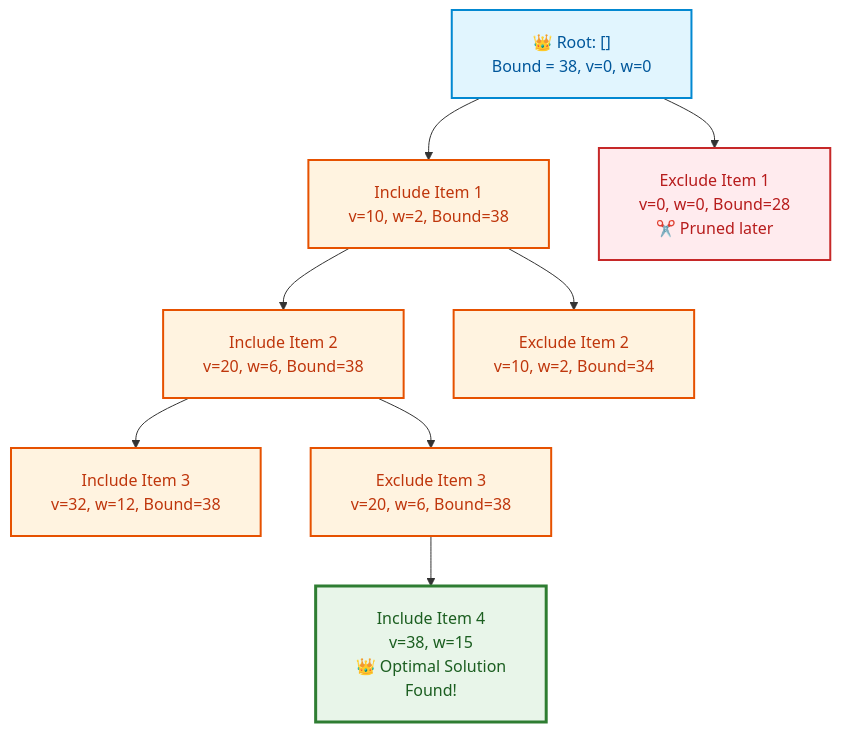
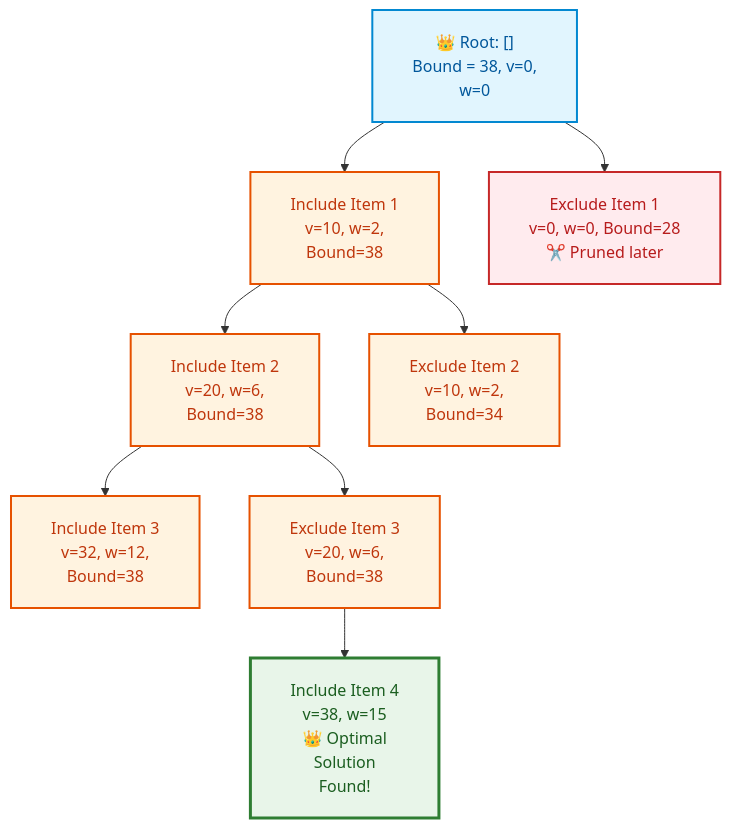
The fifth of 5 diagrams in week_13_backtracking_and_branch_bound/Week_13_Visual_Concepts_Playbook_HYBRID.md (dip4k/DSA_102), drawn with Mermaid before and after one commit. The commit also changed other lines of this file and 106 other files, not shown here.

First line of the commit message:
fix(mermaid): prevent text clipping with foreignObject overflow and tighter line wrapping

````diff
--- a/week_13_backtracking_and_branch_bound/Week_13_Visual_Concepts_Playbook_HYBRID.md
+++ b/week_13_backtracking_and_branch_bound/Week_13_Visual_Concepts_Playbook_HYBRID.md
@@ -1346,31 +1346,31 @@
 ```mermaid
-%%{init: {"flowchart": {"htmlLabels": true, "padding": 20}}}%%
+%%{init: {"flowchart": {"htmlLabels": true, "padding": 20}, "themeCSS": "foreignObject { overflow: visible !important; }"}}%%
 graph TD
     classDef rootNode fill:#e1f5fe,stroke:#0288d1,stroke-width:2px,color:#01579b
     classDef branch fill:#fff3e0,stroke:#e65100,stroke-width:2px,color:#bf360c
     classDef bestNode fill:#e8f5e9,stroke:#2e7d32,stroke-width:3px,color:#1b5e20
     classDef prunedNode fill:#ffebee,stroke:#c62828,stroke-width:2px,color:#b71c1c
 
-    Root["👑 Root: []<br/>Bound = 38, v=0, w=0"]:::rootNode
+    Root["👑 Root: []<br/>Bound = 38, v=0,<br/>w=0"]:::rootNode
 
-    Inc1["Include Item 1<br/>v=10, w=2, Bound=38"]:::branch
+    Inc1["Include Item 1<br/>v=10, w=2,<br/>Bound=38"]:::branch
     Exc1["Exclude Item 1<br/>v=0, w=0, Bound=28<br/>✂️ Pruned later"]:::prunedNode
 
     Root --> Inc1
     Root --> Exc1
 
-    Inc2["Include Item 2<br/>v=20, w=6, Bound=38"]:::branch
-    Exc2["Exclude Item 2<br/>v=10, w=2, Bound=34"]:::branch
+    Inc2["Include Item 2<br/>v=20, w=6,<br/>Bound=38"]:::branch
+    Exc2["Exclude Item 2<br/>v=10, w=2,<br/>Bound=34"]:::branch
 
     Inc1 --> Inc2
     Inc1 --> Exc2
 
-    Inc3["Include Item 3<br/>v=32, w=12, Bound=38"]:::branch
-    Exc3["Exclude Item 3<br/>v=20, w=6, Bound=38"]:::branch
+    Inc3["Include Item 3<br/>v=32, w=12,<br/>Bound=38"]:::branch
+    Exc3["Exclude Item 3<br/>v=20, w=6,<br/>Bound=38"]:::branch
 
     Inc2 --> Inc3
     Inc2 --> Exc3
 
-    Opt["Include Item 4<br/>v=38, w=15<br/>👑 Optimal Solution<br/>Found!"]:::bestNode
+    Opt["Include Item 4<br/>v=38, w=15<br/>👑 Optimal<br/>Solution<br/>Found!"]:::bestNode
     Exc3 --> Opt
 ```
````
